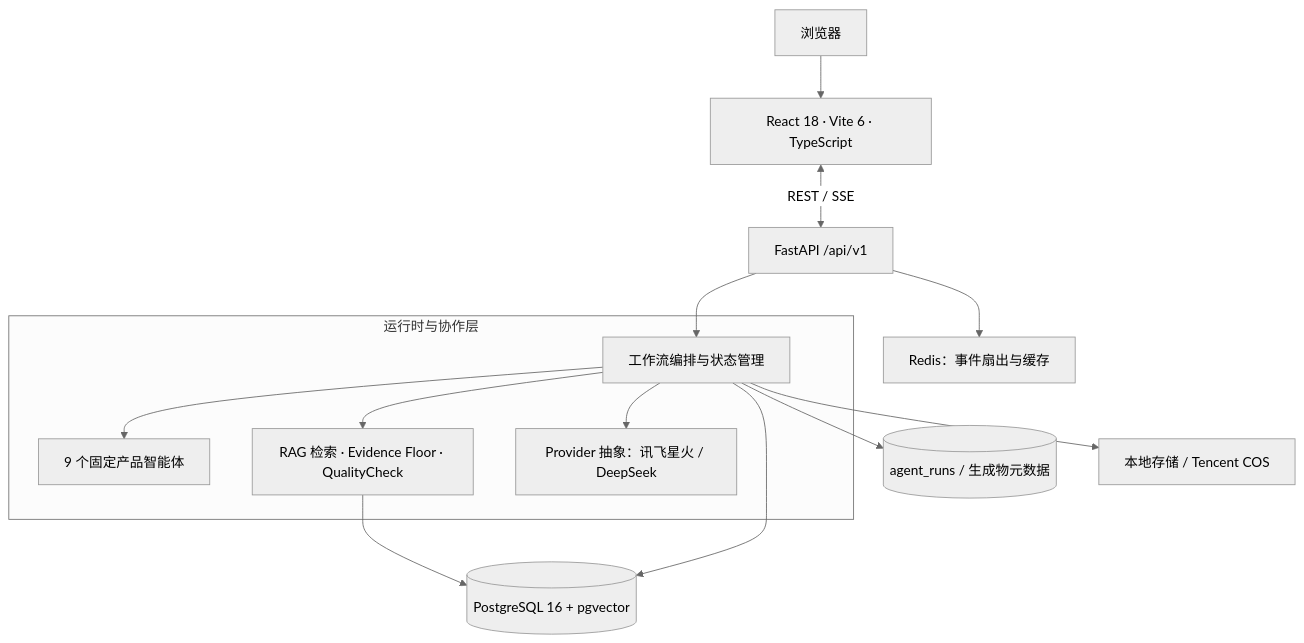
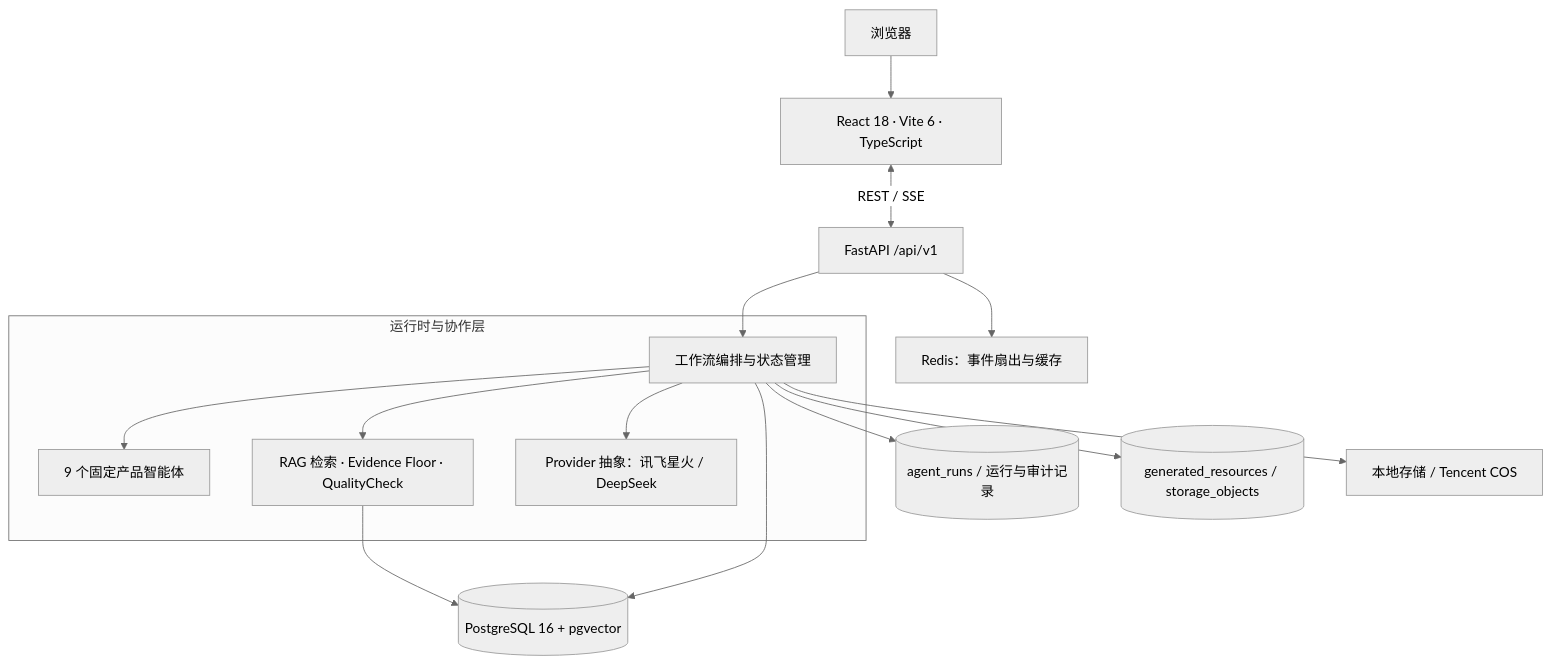
Before and after one commit to BUPT-ResearchAgent/SecureHub-Full-Stack-Monorepo: the second of 3 diagrams in README.md, drawn with Mermaid (neutral theme). The commit also changed other lines of this file and 1 other file, not shown here.

````diff
--- a/README.md
+++ b/README.md
@@ -58,22 +105,23 @@
 ```mermaid
 flowchart TB
     Browser["浏览器"] --> Frontend["React 18 · Vite 6 · TypeScript"]
     Frontend <-->|"REST / SSE"| API["FastAPI /api/v1"]
 
     subgraph Runtime["运行时与协作层"]
         Workflow["工作流编排与状态管理"]
         Agents["9 个固定产品智能体"]
         Evidence["RAG 检索 · Evidence Floor · QualityCheck"]
         Providers["Provider 抽象：讯飞星火 / DeepSeek"]
         Workflow --> Agents
         Workflow --> Evidence
         Workflow --> Providers
     end
 
     API --> Workflow
     Evidence --> Knowledge[("PostgreSQL 16 + pgvector")]
     Workflow --> Knowledge
-    Workflow --> Audit[("agent_runs / 生成物元数据")]
+    Workflow --> Audit[("agent_runs / 运行与审计记录")]
+    Workflow --> Artifacts[("generated_resources / storage_objects")]
     API --> Redis["Redis：事件扇出与缓存"]
     Workflow --> Storage["本地存储 / Tencent COS"]
 ```
````
